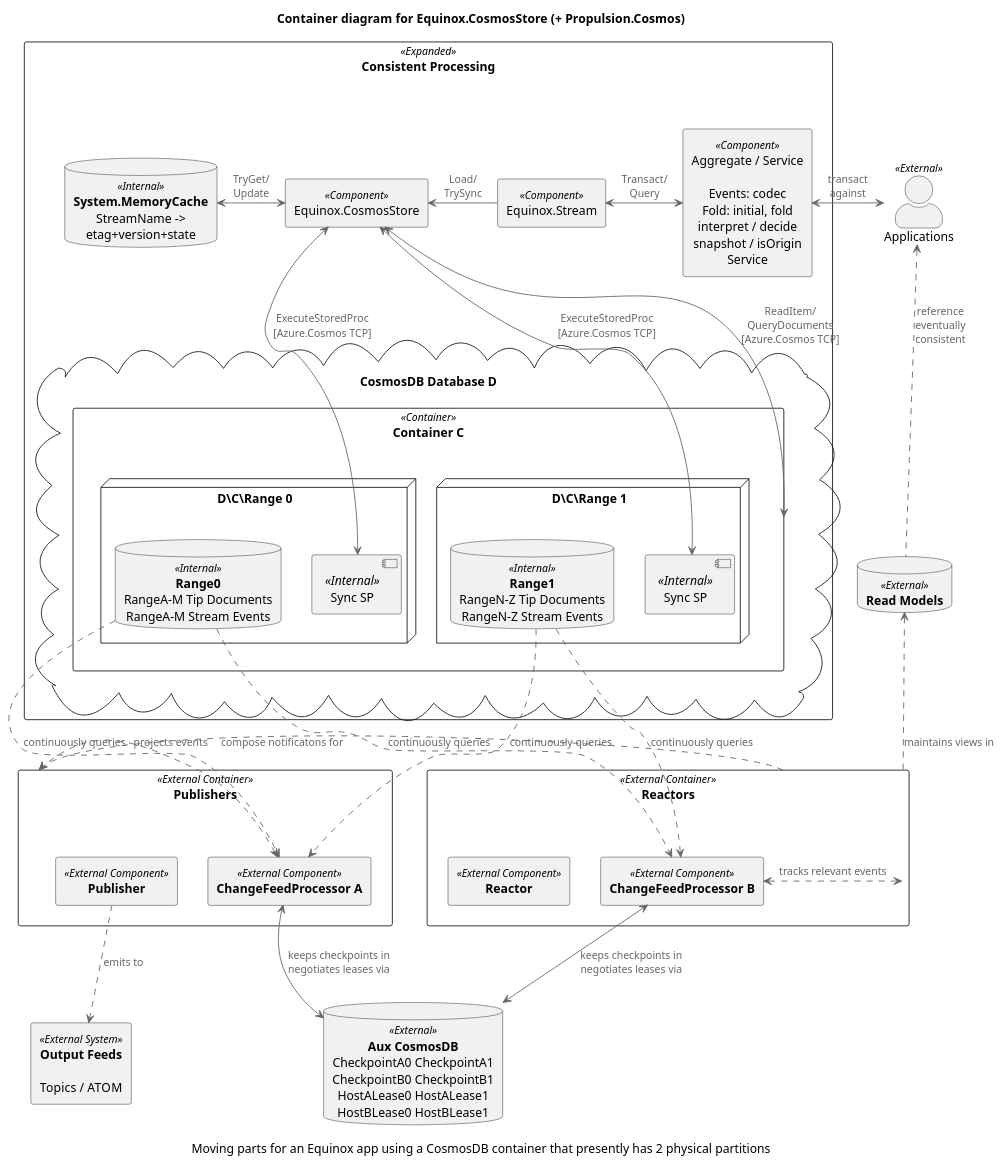
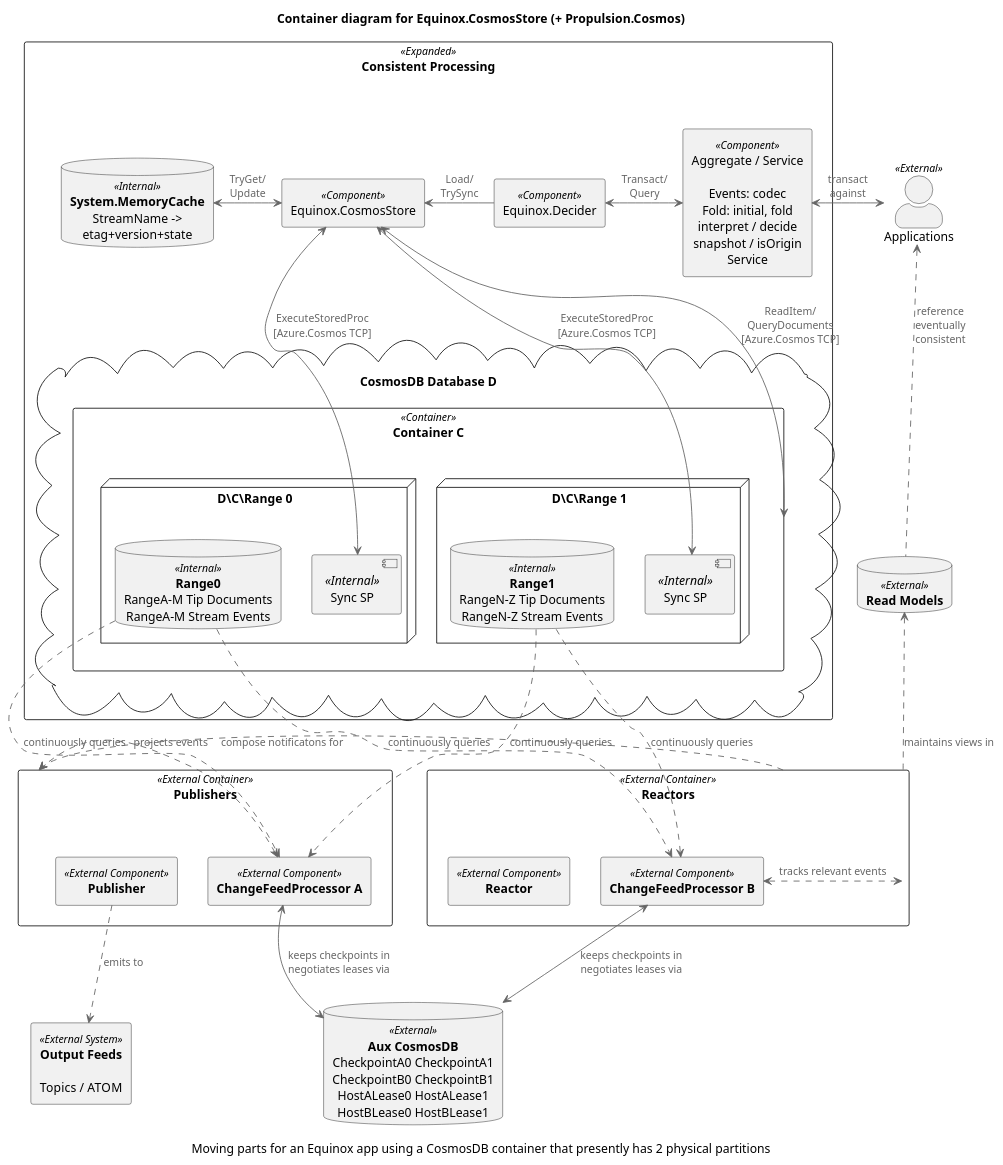
Before and after one commit to jet/equinox: the diagram in diagrams/CosmosContainer.puml, drawn with PlantUML. The commit also changed 28 other files, not shown here.

Commit message:
Stream -> Decider

```diff
--- a/diagrams/CosmosContainer.puml
+++ b/diagrams/CosmosContainer.puml
@@ -1,123 +1,123 @@
 @startuml
 !includeurl https://raw.githubusercontent.com/skleanthous/C4-PlantumlSkin/master/build/output/c4.puml
 
 title Container diagram for Equinox.CosmosStore (+ Propulsion.Cosmos)
 caption Moving parts for an Equinox app using a CosmosDB container that presently has 2 physical partitions
 
 actor "Applications" <<External>> as apps
 
 rectangle "Consistent Processing" <<Expanded>> {
     together {
         rectangle aggregate <<Component>> [
             Aggregate / Service
 
             Events: codec
             Fold: initial, fold
             interpret / decide
             snapshot / isOrigin
             Service
         ]
         rectangle stream <<Component>> [
-            Equinox.Stream
+            Equinox.Decider
         ]
     }
 
     database memorycache <<Internal>> [
         **System.MemoryCache**
         StreamName ->
         etag+version+state
     ]
 
     rectangle eqxcosmos <<Component>> [
         Equinox.CosmosStore
     ]
 
     cloud "CosmosDB Database D" as db {
         rectangle "Container C" as cosmos <<Container>> {
             node "D\C\Range 0" {
                 rectangle [Sync SP] as sync0 <<Internal>>
                 database range0 <<Internal>> [
                     **Range0**
                     RangeA-M Tip Documents
                     RangeA-M Stream Events
                 ]
             }
             node "D\C\Range 1" {
                 rectangle [Sync SP] as sync1 <<Internal>>
                 database range1 <<Internal>> [
                     **Range1**
                     RangeN-Z Tip Documents
                     RangeN-Z Stream Events
                 ]
             } 
         }
     }
 }
 
 rectangle "**Publishers**" as publishers <<External Container>> {
     rectangle cfp0 <<External Component>> [
         **ChangeFeedProcessor A**
     ]
     rectangle projector <<External Component>> [
         **Publisher**
     ]
 }
 
 rectangle "**Reactors**" as reactors <<External Container>> {
     rectangle cfp1 <<External Component>> [
         **ChangeFeedProcessor B**
     ]
     rectangle reactor <<External Component>> [
         **Reactor**
     ]
 }
 database caches <<External>> [
     **Read Models**
 ]
 
 rectangle outputs <<External System>> [
     **Output Feeds**
 
     Topics / ATOM
 ]
 
 database aux <<External>> [
     **Aux CosmosDB**
     CheckpointA0 CheckpointA1
     CheckpointB0 CheckpointB1
     HostALease0 HostALease1
     HostBLease0 HostBLease1
 ]
 
 apps      <->   aggregate   : transact\nagainst
 apps      <.    caches      : reference\neventually\nconsistent
 
 aggregate <-L-> stream      : Transact/\nQuery
 stream     -L-> eqxcosmos   : Load/\nTrySync
 
 eqxcosmos <-L-> memorycache : TryGet/\nUpdate
 eqxcosmos <->   sync0       : ExecuteStoredProc\n[Azure.Cosmos TCP]
 eqxcosmos <->   cosmos      : ReadItem/\nQueryDocuments\n[Azure.Cosmos TCP]
 eqxcosmos <->   sync1       : ExecuteStoredProc\n[Azure.Cosmos TCP]
 
 range0     ..>  cfp0        : continuously queries
 range1     ..>  cfp0        : continuously queries
 
 range0     ..>  cfp1        : continuously queries
 range1     ..>  cfp1        : continuously queries
 
 cfp0      <->   aux         : keeps checkpoints in\nnegotiates leases via
 cfp1      <->   aux         : keeps checkpoints in\nnegotiates leases via
 cfp0      <.>   publishers  : projects events
 cfp1      <.>   reactors    : tracks relevant events
 reactors    .>  caches      : maintains views in
 reactors    .>  publishers  : compose notificatons for
 projector   .>  outputs     : emits to
 
 eqxcosmos -[hidden]D-> sync0
 cfp0      -[hidden]D-> aux
 publishers-[hidden]D-> outputs
 reactors  -[hidden]U-> caches
 caches    -[hidden]U-> apps
 
 @enduml
```
